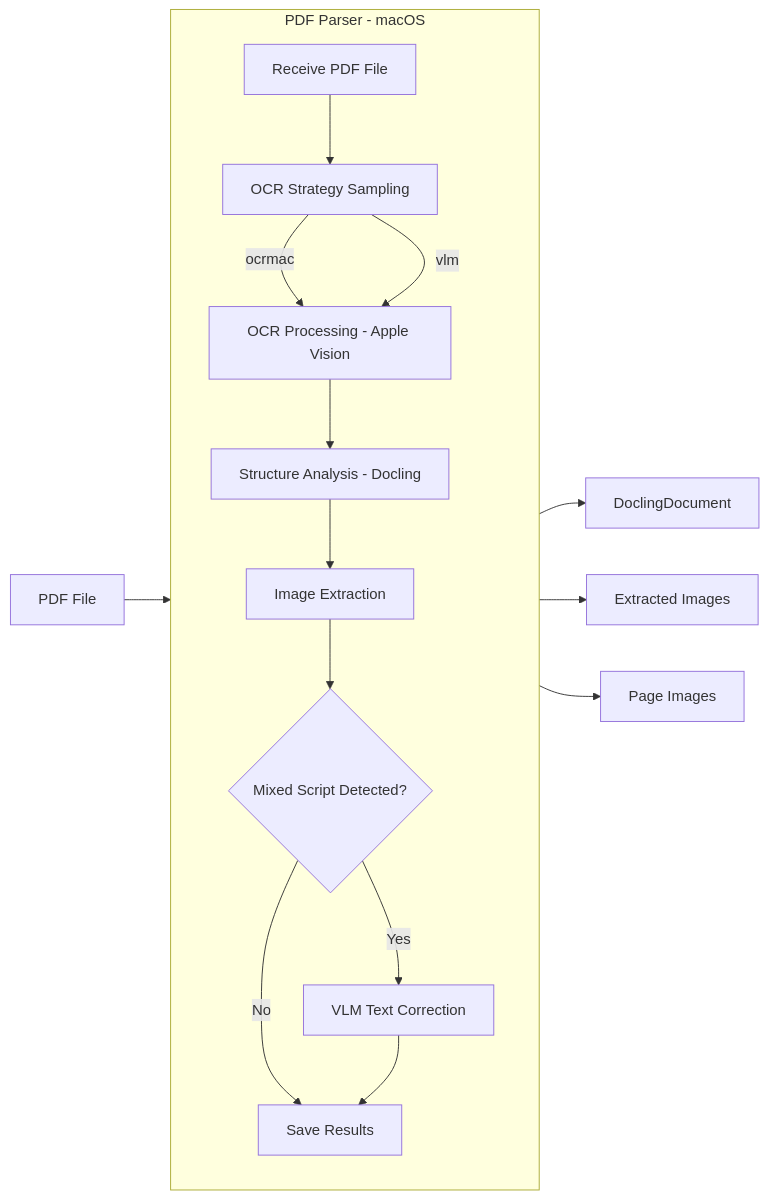
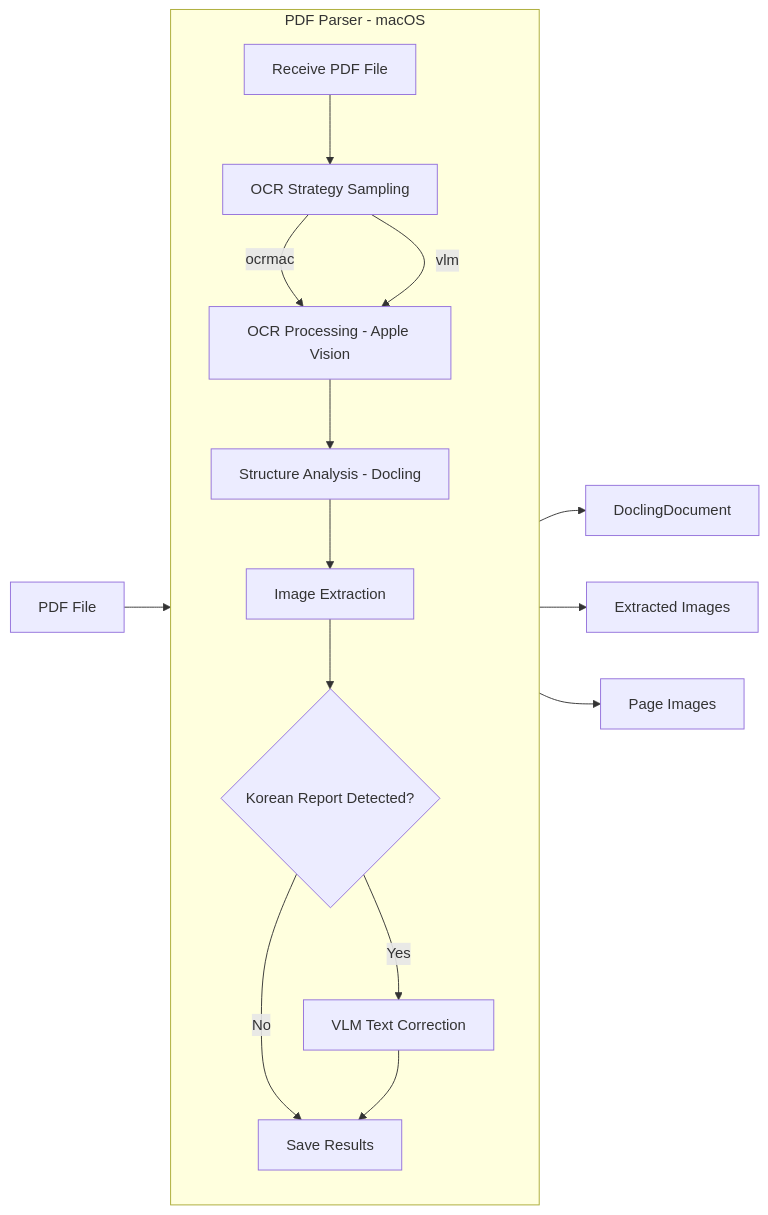
Before and after one commit to heripo-lab/heripo-engine: the third of 6 diagrams in docs/architecture.md, drawn with Mermaid. The commit also changed other lines of this file and 28 other files, not shown here.

````diff
--- a/docs/architecture.md
+++ b/docs/architecture.md
@@ -167,20 +167,20 @@
 ```mermaid
 flowchart LR
     subgraph PDFParser[PDF Parser - macOS]
         direction TB
         A[Receive PDF File] --> B[OCR Strategy Sampling]
         B -->|ocrmac| C[OCR Processing - Apple Vision]
         B -->|vlm| C
         C --> D[Structure Analysis - Docling]
         D --> E[Image Extraction]
-        E --> F{Mixed Script Detected?}
+        E --> F{Korean Report Detected?}
         F -->|Yes| G[VLM Text Correction]
         F -->|No| H[Save Results]
         G --> H
     end
 
     PDF[PDF File] --> PDFParser
     PDFParser --> Doc[DoclingDocument]
     PDFParser --> Images[Extracted Images]
     PDFParser --> Pages[Page Images]
 ```
````
